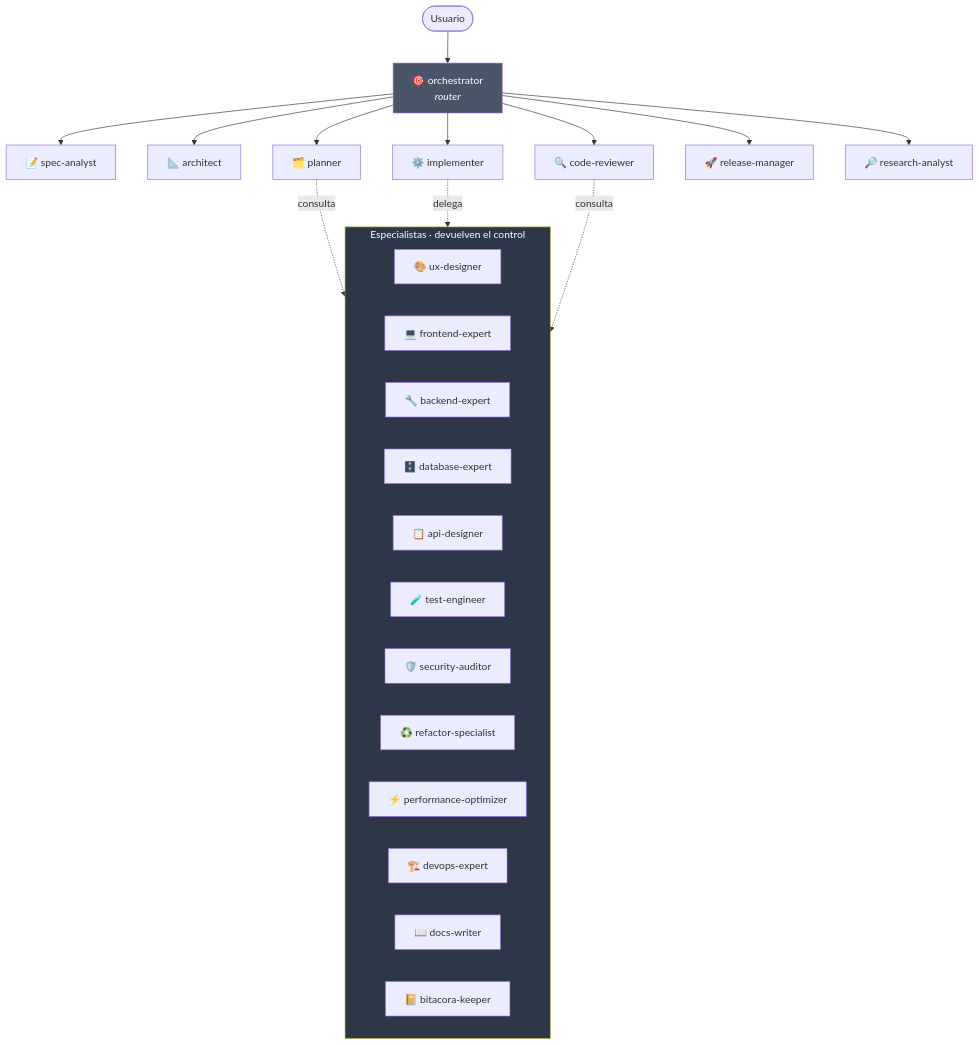
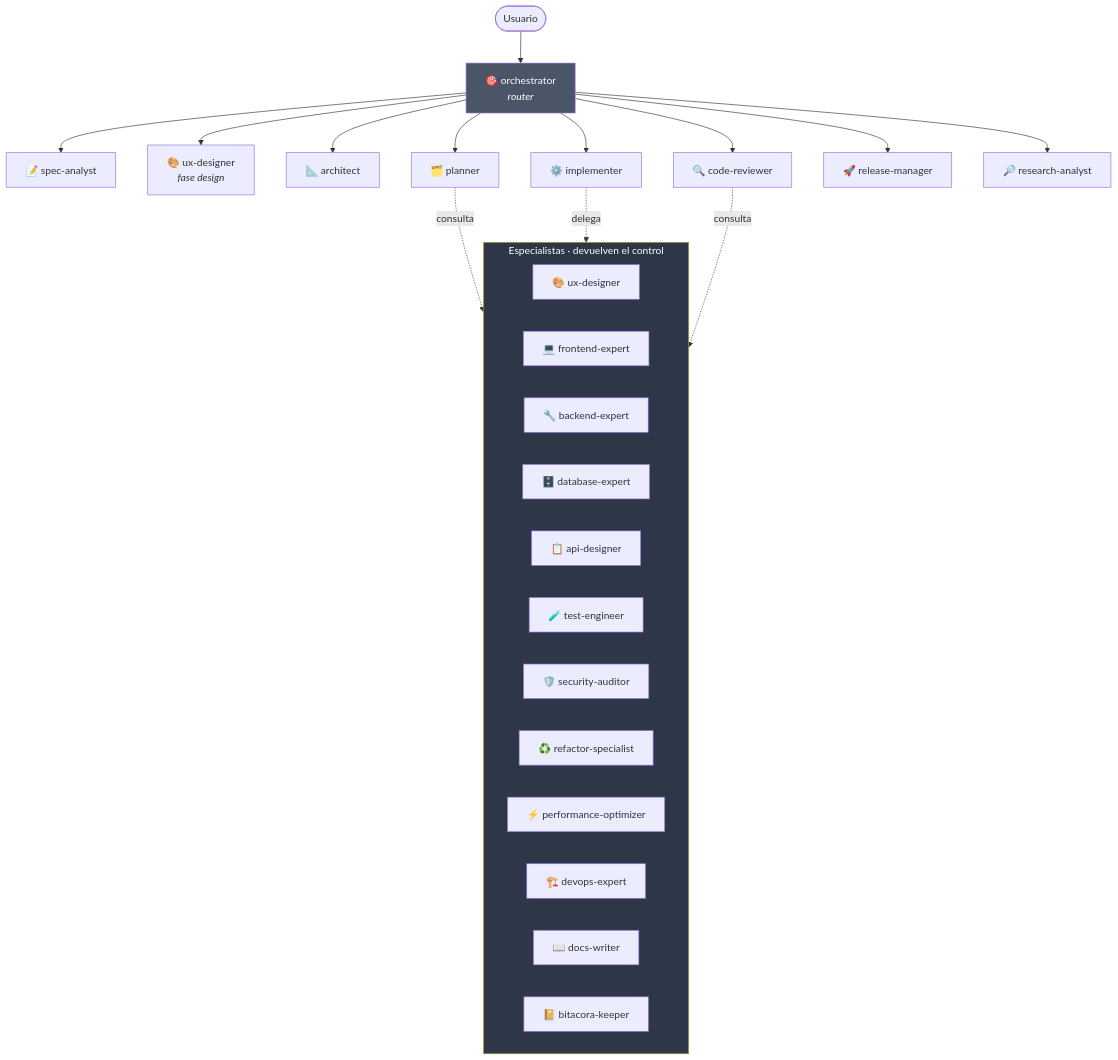
One commit to jechamo/Estructura_inicial_claude changed the first of 2 diagrams in docs/agents/CATALOG.md. Above: the diagram before and after it, drawn with Mermaid. The commit also changed other lines of this file and 47 other files, not shown here.

````diff
--- a/docs/agents/CATALOG.md
+++ b/docs/agents/CATALOG.md
@@ -9,35 +12,36 @@
 ```mermaid
 flowchart TD
     U([Usuario]) --> O["🎯 orchestrator<br/><i>router</i>"]
 
     O --> F1["📝 spec-analyst"]
+    O --> F0["🎨 ux-designer<br/><i>fase design</i>"]
     O --> F2["📐 architect"]
     O --> F3["🗂️ planner"]
     O --> F4["⚙️ implementer"]
     O --> F5["🔍 code-reviewer"]
     O --> F6["🚀 release-manager"]
     O --> F7["🔎 research-analyst"]
 
     F3 -.consulta.-> E
     F4 -.delega.-> E
     F5 -.consulta.-> E
 
     subgraph E["Especialistas · devuelven el control"]
         direction LR
         E1["🎨 ux-designer"]
         E2["💻 frontend-expert"]
         E3["🔧 backend-expert"]
         E4["🗄️ database-expert"]
         E5["📋 api-designer"]
         E6["🧪 test-engineer"]
         E7["🛡️ security-auditor"]
         E8["♻️ refactor-specialist"]
         E9["⚡ performance-optimizer"]
         E10["🏗️ devops-expert"]
         E11["📖 docs-writer"]
         E12["📔 bitacora-keeper"]
     end
 
     style O fill:#4a5568,color:#fff
     style E fill:#2d3748,color:#fff
 ```
````
